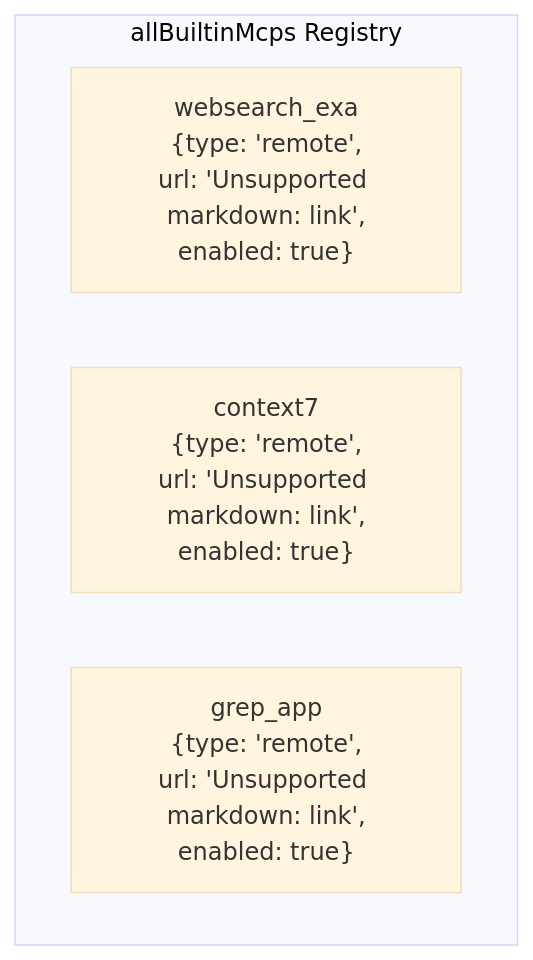
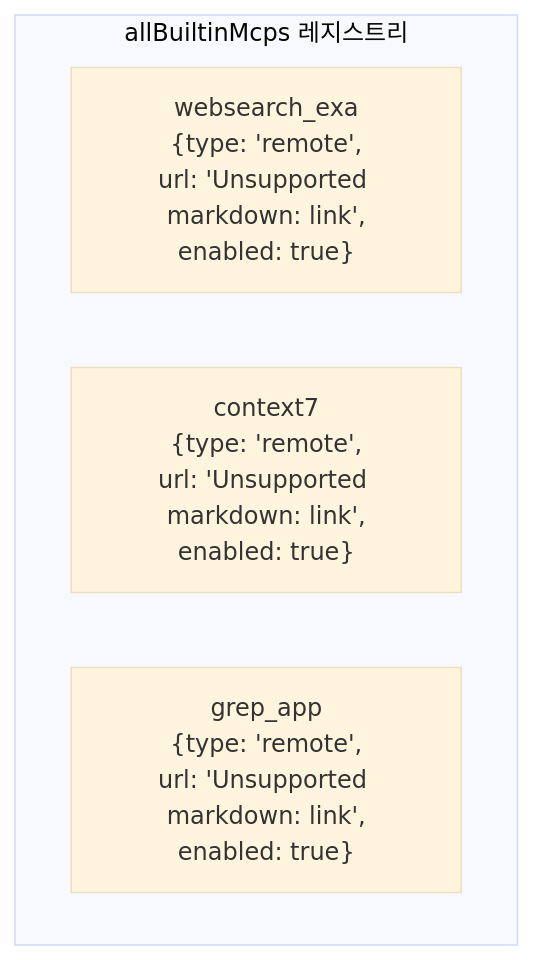
One commit to felipetruman/oh-my-opencode-docs changed the second of 3 diagrams in docs/mcp/built-in-mcps.md. Above: the diagram before and after it, drawn with Mermaid (base theme). The commit also changed other lines of this file and 76 other files, not shown here.

````diff
--- a/docs/mcp/built-in-mcps.md
+++ b/docs/mcp/built-in-mcps.md
@@ -123,13 +119,13 @@
 ```mermaid
 flowchart TD
 
 WS["websearch_exa<br>{type: 'remote',<br>url: 'Unsupported markdown: link',<br>enabled: true}"]
 C7["context7<br>{type: 'remote',<br>url: 'Unsupported markdown: link',<br>enabled: true}"]
 GA["grep_app<br>{type: 'remote',<br>url: 'Unsupported markdown: link',<br>enabled: true}"]
 
-subgraph subGraph0 ["allBuiltinMcps Registry"]
+subgraph subGraph0 ["allBuiltinMcps 레지스트리"]
     WS
     C7
     GA
 end
 ```
````
